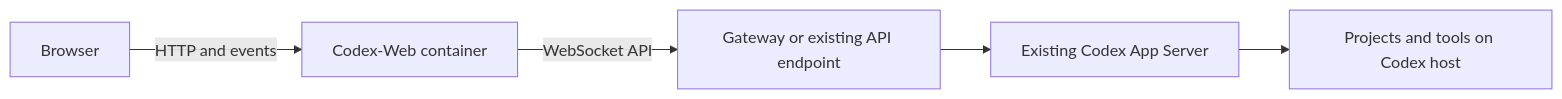
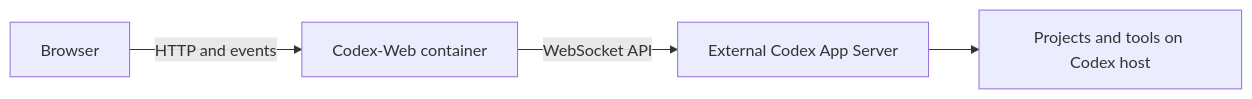
One commit to Tweak90/codex-viewport changed the diagram in README.md. Above: the diagram before and after it, drawn with Mermaid. The commit also changed other lines of this file and 69 other files, not shown here.

Commit message:
Refine settings and Info, add project agents and use the external API only

````diff
--- a/README.md
+++ b/README.md
@@ -32,7 +32,6 @@
 ```mermaid
 flowchart LR
     Browser -->|HTTP and events| Web[Codex-Web container]
-    Web -->|WebSocket API| Gateway[Gateway or existing API endpoint]
-    Gateway --> Codex[Existing Codex App Server]
+    Web -->|WebSocket API| Codex[External Codex App Server]
     Codex --> Files[Projects and tools on Codex host]
 ```
````
